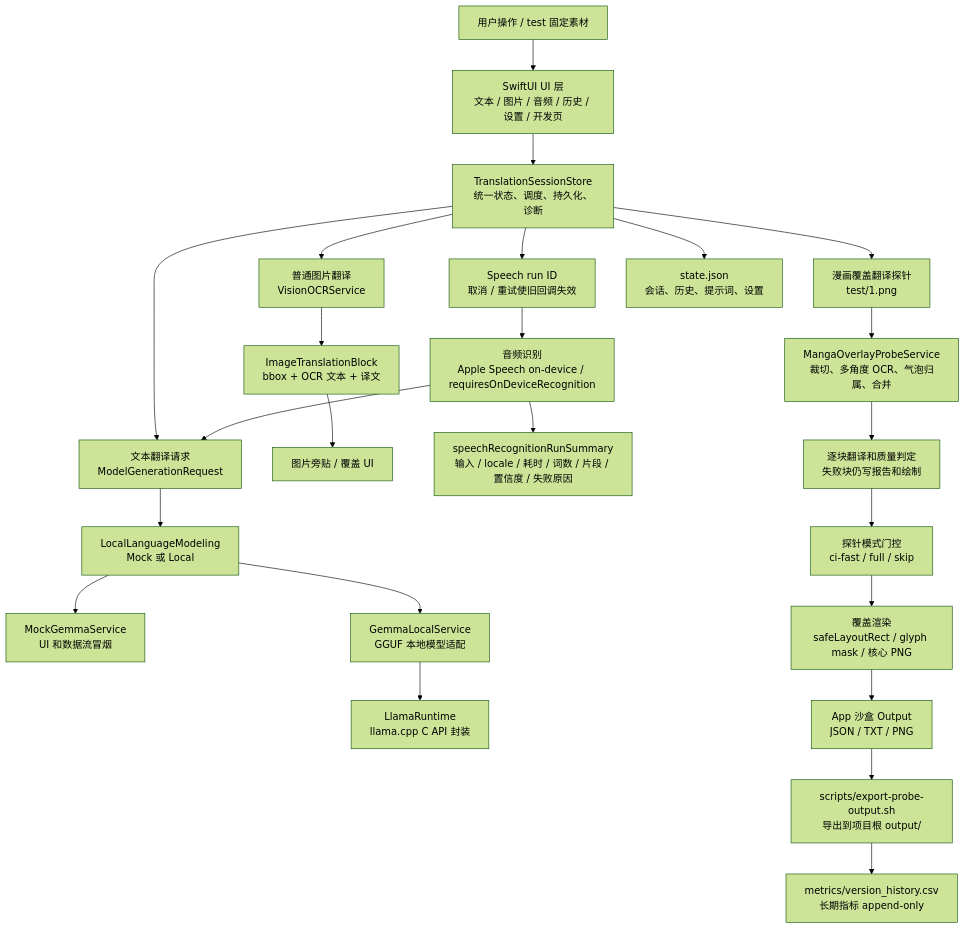
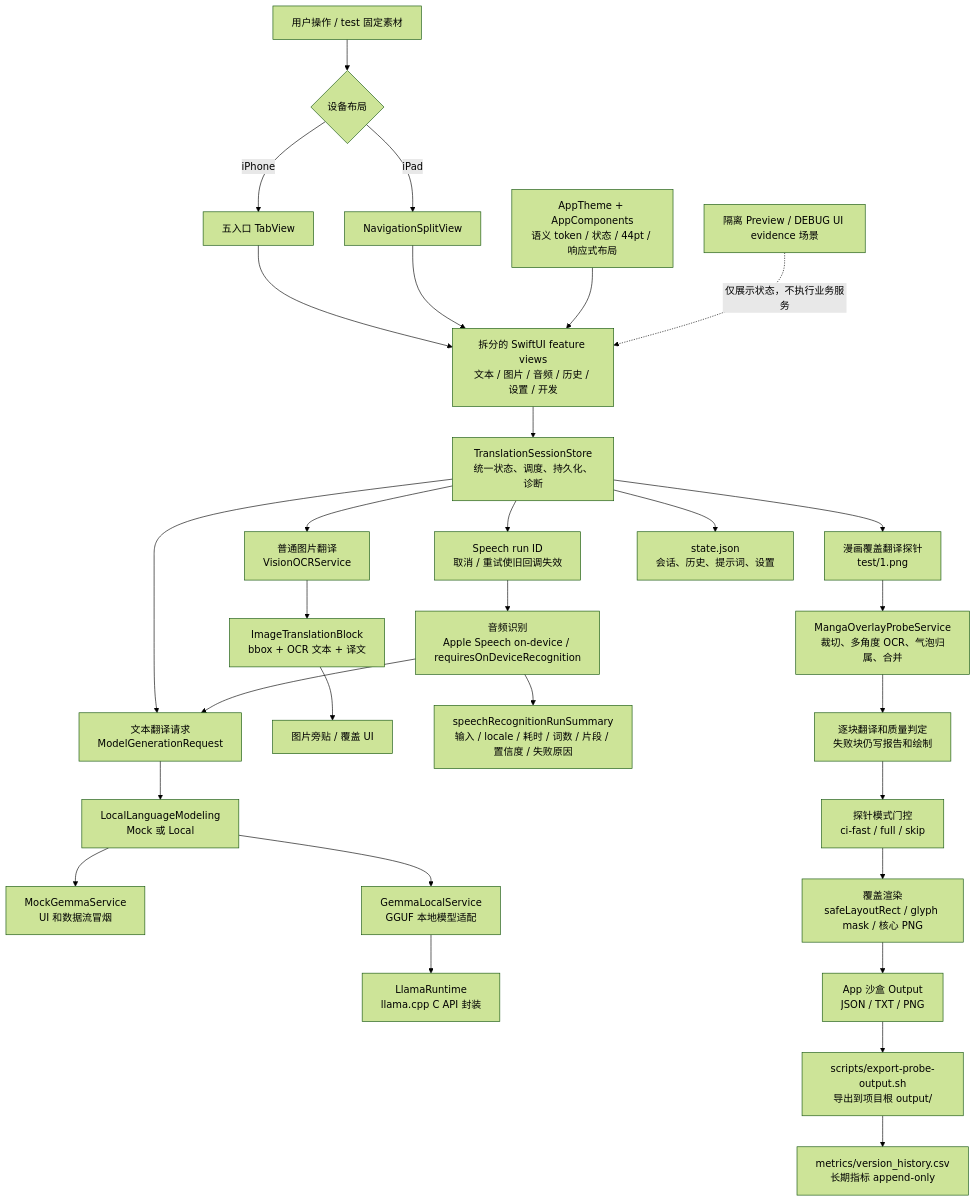
The first of 3 diagrams in md/flow/flowchart.md (bengzhu/project1_lgbt_naxida), drawn with Mermaid (forest theme) before and after one commit. The commit also changed 6 other files, not shown here.

````diff
--- a/md/flow/flowchart.md
+++ b/md/flow/flowchart.md
@@ -7,39 +7,45 @@
 ```mermaid
 flowchart TD
   %% 用户入口：文本、图片、音频、开发页探针
-  A["用户操作 / test 固定素材"] --> B["SwiftUI UI 层<br/>文本 / 图片 / 音频 / 历史 / 设置 / 开发页"]
+  A["用户操作 / test 固定素材"] --> NAV{"设备布局"}
+  NAV -->|"iPhone"| TAB["五入口 TabView"]
+  NAV -->|"iPad"| SPLIT["NavigationSplitView"]
+  TAB --> B["拆分的 SwiftUI feature views<br/>文本 / 图片 / 音频 / 历史 / 设置 / 开发"]
+  SPLIT --> B
+  DS["AppTheme + AppComponents<br/>语义 token / 状态 / 44pt / 响应式布局"] --> B
 
   %% 状态中心：所有业务动作统一进入 store
   B --> C["TranslationSessionStore<br/>统一状态、调度、持久化、诊断"]
 
   %% 文本翻译分支：普通用户输入
   C --> D["文本翻译请求<br/>ModelGenerationRequest"]
   D --> E["LocalLanguageModeling<br/>Mock 或 Local"]
   E --> F["MockGemmaService<br/>UI 和数据流冒烟"]
   E --> G["GemmaLocalService<br/>GGUF 本地模型适配"]
   G --> H["LlamaRuntime<br/>llama.cpp C API 封装"]
 
   %% 图片 OCR 分支：普通图片翻译
   C --> I["普通图片翻译<br/>VisionOCRService"]
   I --> J["ImageTranslationBlock<br/>bbox + OCR 文本 + 译文"]
   J --> K["图片旁贴 / 覆盖 UI"]
 
   %% 音频分支：Apple 本机语音识别
   C --> LR["Speech run ID<br/>取消 / 重试使旧回调失效"]
   LR --> L["音频识别<br/>Apple Speech on-device / requiresOnDeviceRecognition"]
   L --> LV["speechRecognitionRunSummary<br/>输入 / locale / 耗时 / 词数 / 片段 / 置信度 / 失败原因"]
   L --> D
 
   %% 漫画探针分支：固定 test/1.png
   C --> M["漫画覆盖翻译探针<br/>test/1.png"]
   M --> N["MangaOverlayProbeService<br/>裁切、多角度 OCR、气泡归属、合并"]
   N --> O["逐块翻译和质量判定<br/>失败块仍写报告和绘制"]
   O --> P["探针模式门控<br/>ci-fast / full / skip"]
   P --> Q["覆盖渲染<br/>safeLayoutRect / glyph mask / 核心 PNG"]
 
   %% 输出：持久化和调试产物
   C --> R["state.json<br/>会话、历史、提示词、设置"]
+  PREVIEW["隔离 Preview / DEBUG UI evidence 场景"] -. "仅展示状态，不执行业务服务" .-> B
   Q --> S["App 沙盒 Output<br/>JSON / TXT / PNG"]
   S --> T["scripts/export-probe-output.sh<br/>导出到项目根 output/"]
   T --> U["metrics/version_history.csv<br/>长期指标 append-only"]
 ```
````
